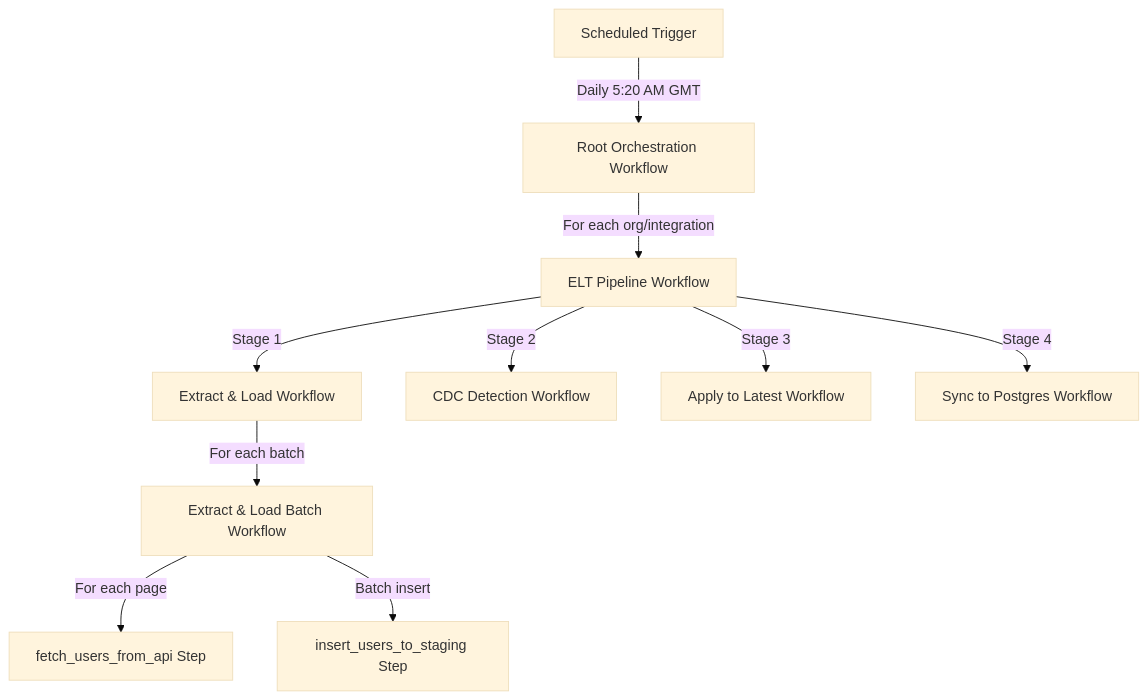
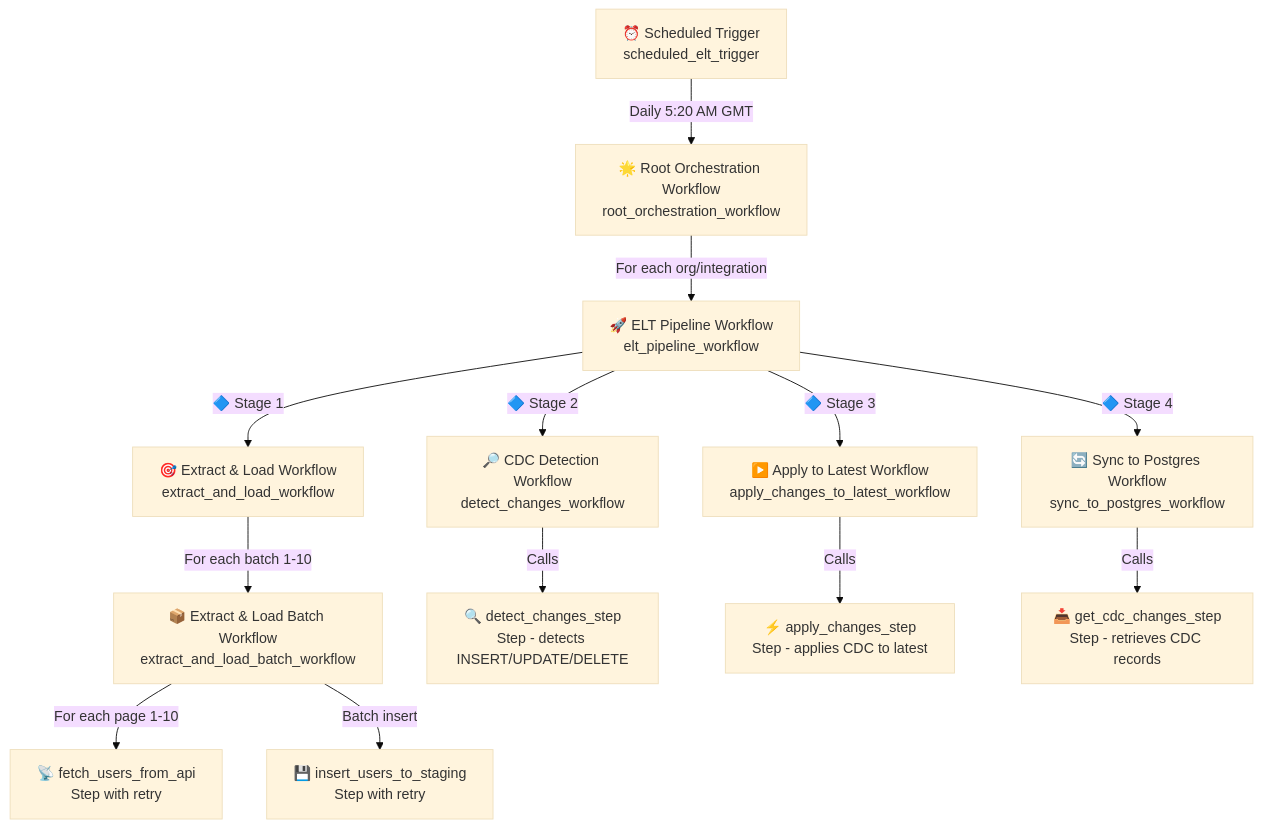
Before and after one commit to ricleal/dbos_experiments: the first of 3 diagrams in exp17/ARCHITECTURE.md, drawn with Mermaid (base theme). The commit also changed other lines of this file, not shown here.

````diff
--- a/exp17/ARCHITECTURE.md
+++ b/exp17/ARCHITECTURE.md
@@ -11,12 +11,15 @@
 ```mermaid
 graph TD
-    A[Scheduled Trigger] -->|Daily 5:20 AM GMT| B[Root Orchestration Workflow]
-    B -->|For each org/integration| C[ELT Pipeline Workflow]
-    C -->|Stage 1| D[Extract & Load Workflow]
-    C -->|Stage 2| E[CDC Detection Workflow]
-    C -->|Stage 3| F[Apply to Latest Workflow]
-    C -->|Stage 4| G[Sync to Postgres Workflow]
-    D -->|For each batch| H[Extract & Load Batch Workflow]
-    H -->|For each page| I[fetch_users_from_api Step]
-    H -->|Batch insert| J[insert_users_to_staging Step]
+    A[⏰ Scheduled Trigger<br/>scheduled_elt_trigger] -->|Daily 5:20 AM GMT| B[🌟 Root Orchestration Workflow<br/>root_orchestration_workflow]
+    B -->|For each org/integration| C[🚀 ELT Pipeline Workflow<br/>elt_pipeline_workflow]
+    C -->|🔷 Stage 1| D[🎯 Extract & Load Workflow<br/>extract_and_load_workflow]
+    C -->|🔷 Stage 2| E[🔎 CDC Detection Workflow<br/>detect_changes_workflow]
+    C -->|🔷 Stage 3| F[▶️ Apply to Latest Workflow<br/>apply_changes_to_latest_workflow]
+    C -->|🔷 Stage 4| G[🔄 Sync to Postgres Workflow<br/>sync_to_postgres_workflow]
+    D -->|For each batch 1-10| H[📦 Extract & Load Batch Workflow<br/>extract_and_load_batch_workflow]
+    H -->|For each page 1-10| I[📡 fetch_users_from_api<br/>Step with retry]
+    H -->|Batch insert| J[💾 insert_users_to_staging<br/>Step with retry]
+    E -->|Calls| K[🔍 detect_changes_step<br/>Step - detects INSERT/UPDATE/DELETE]
+    F -->|Calls| L[⚡ apply_changes_step<br/>Step - applies CDC to latest]
+    G -->|Calls| M[📥 get_cdc_changes_step<br/>Step - retrieves CDC records]
 ```
````
